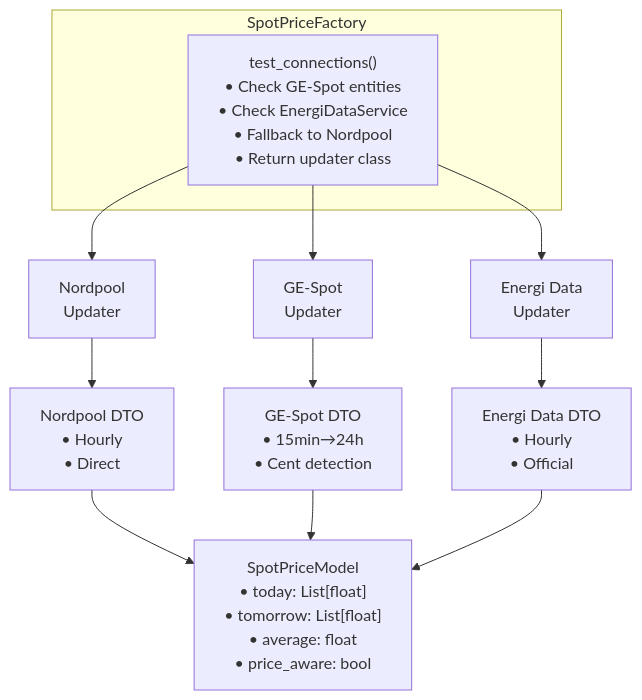
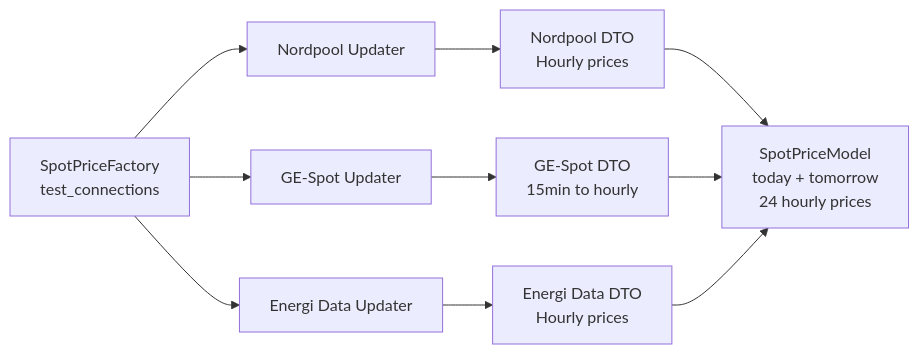
Before and after one commit to elden1337/peaqev-core: the diagram in docs/spotprice/README.md, drawn with Mermaid. The commit also changed 2 other files, not shown here.

Commit message:
docs: Improve Mermaid diagrams - remove empty boxes and simplify
- Fix class diagram to declare child classes explicitly (removes empty boxes)
- Simplify component diagrams to horizontal layout (LR instead of TB)
- Remove excessive bullet points and nested subgraphs
- Use cleaner, more concise labels
- Better visual flow and readability

````diff
--- a/docs/spotprice/README.md
+++ b/docs/spotprice/README.md
@@ -80,18 +80,16 @@
 ```mermaid
-graph TB
-    subgraph Factory["SpotPriceFactory"]
-        TC["test_connections()<br/>• Check GE-Spot entities<br/>• Check EnergiDataService<br/>• Fallback to Nordpool<br/>• Return updater class"]
-    end
+graph LR
+    Factory["SpotPriceFactory<br/>test_connections"]
     
-    TC --> NordpoolUpd["Nordpool<br/>Updater"]
-    TC --> GESpotUpd["GE-Spot<br/>Updater"]
-    TC --> EDSUpd["Energi Data<br/>Updater"]
+    Factory --> NordpoolUpd["Nordpool Updater"]
+    Factory --> GESpotUpd["GE-Spot Updater"]
+    Factory --> EDSUpd["Energi Data Updater"]
     
-    NordpoolUpd --> NordpoolDTO["Nordpool DTO<br/>• Hourly<br/>• Direct"]
-    GESpotUpd --> GESpotDTO["GE-Spot DTO<br/>• 15min→24h<br/>• Cent detection"]
-    EDSUpd --> EDSDTO["Energi Data DTO<br/>• Hourly<br/>• Official"]
+    NordpoolUpd --> NordpoolDTO["Nordpool DTO<br/>Hourly prices"]
+    GESpotUpd --> GESpotDTO["GE-Spot DTO<br/>15min to hourly"]
+    EDSUpd --> EDSDTO["Energi Data DTO<br/>Hourly prices"]
     
-    NordpoolDTO --> Model["SpotPriceModel<br/>• today: List[float]<br/>• tomorrow: List[float]<br/>• average: float<br/>• price_aware: bool"]
+    NordpoolDTO --> Model["SpotPriceModel<br/>today + tomorrow<br/>24 hourly prices"]
     GESpotDTO --> Model
     EDSDTO --> Model
 ```
````
